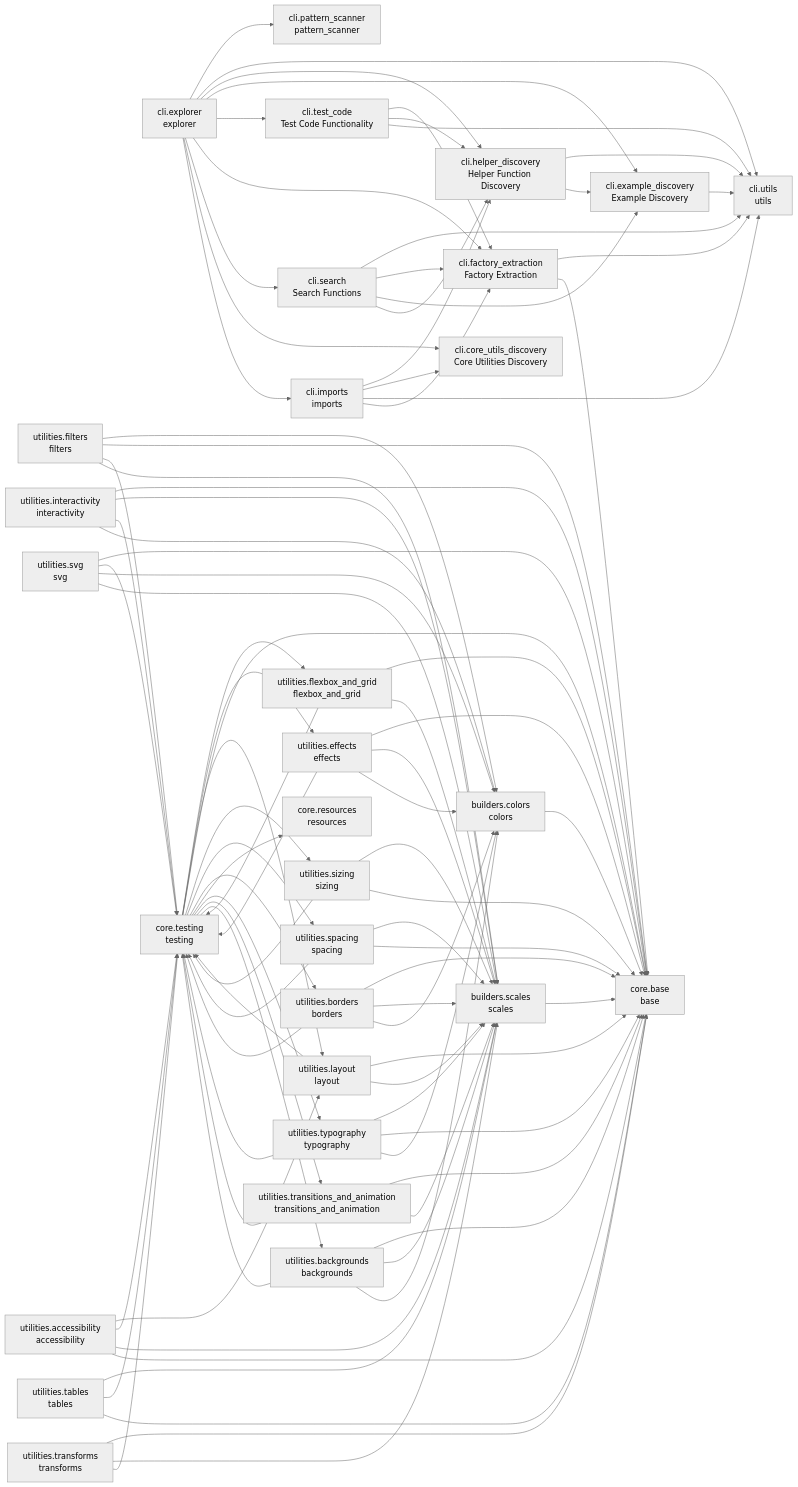
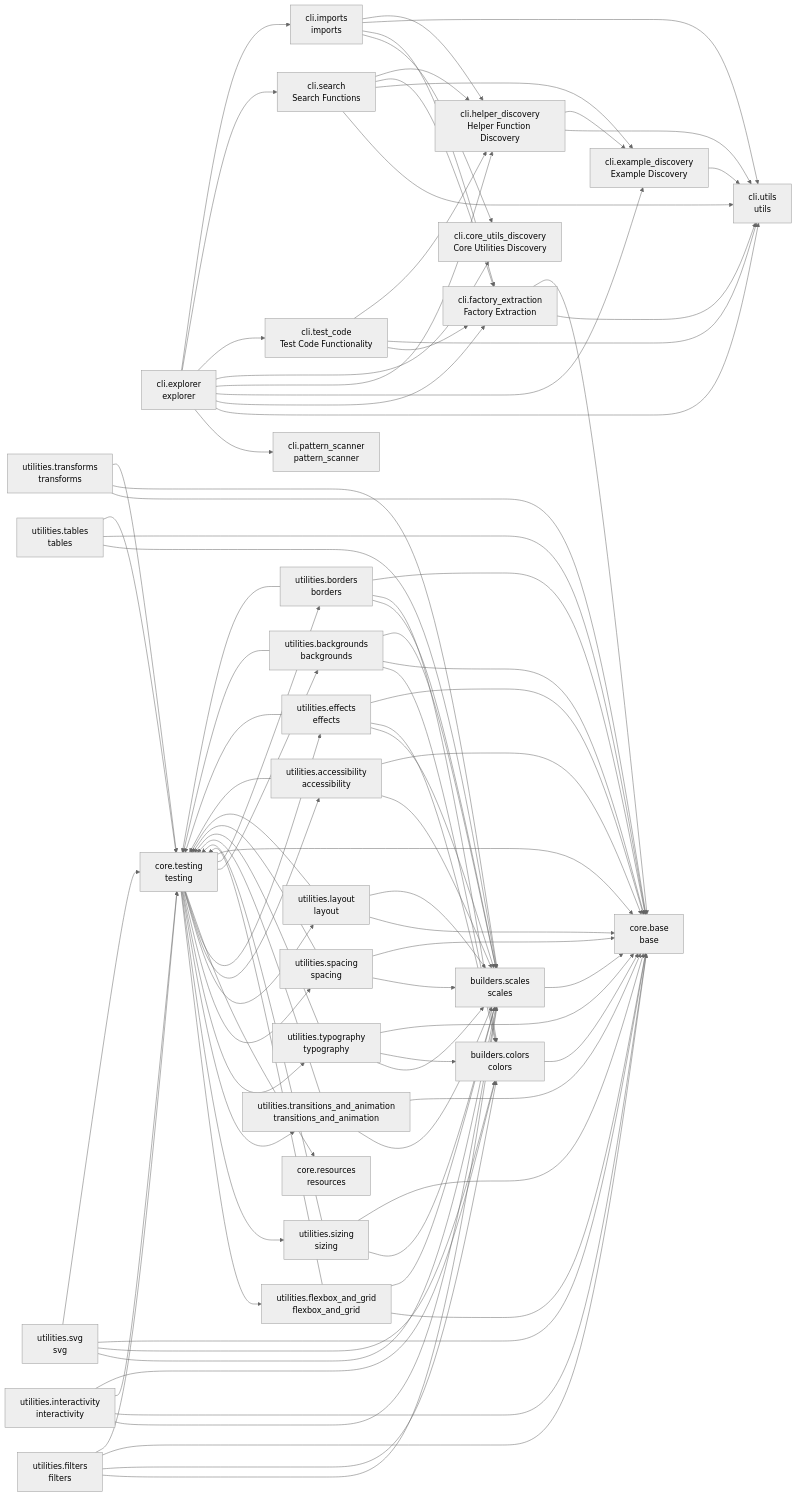
The diagram in README.md (cj-mills/cjm-fasthtml-tailwind), drawn with Mermaid (neutral theme) before and after one commit. The commit also changed other lines of this file and 33 other files, not shown here.

````diff
--- a/README.md
+++ b/README.md
@@ -89,90 +89,90 @@
     cli_example_discovery --> cli_utils
     cli_explorer --> cli_pattern_scanner
     cli_explorer --> cli_utils
+    cli_explorer --> cli_factory_extraction
+    cli_explorer --> cli_example_discovery
     cli_explorer --> cli_helper_discovery
-    cli_explorer --> cli_example_discovery
+    cli_explorer --> cli_core_utils_discovery
     cli_explorer --> cli_test_code
-    cli_explorer --> cli_factory_extraction
     cli_explorer --> cli_search
-    cli_explorer --> cli_core_utils_discovery
     cli_explorer --> cli_imports
     cli_factory_extraction --> cli_utils
     cli_factory_extraction --> core_base
     cli_helper_discovery --> cli_utils
     cli_helper_discovery --> cli_example_discovery
+    cli_imports --> cli_core_utils_discovery
+    cli_imports --> cli_factory_extraction
+    cli_imports --> cli_utils
     cli_imports --> cli_helper_discovery
-    cli_imports --> cli_core_utils_discovery
-    cli_imports --> cli_utils
-    cli_imports --> cli_factory_extraction
     cli_search --> cli_utils
+    cli_search --> cli_example_discovery
     cli_search --> cli_factory_extraction
-    cli_search --> cli_example_discovery
     cli_search --> cli_helper_discovery
     cli_test_code --> cli_factory_extraction
+    cli_test_code --> cli_utils
     cli_test_code --> cli_helper_discovery
-    cli_test_code --> cli_utils
     core_testing --> utilities_flexbox_and_grid
+    core_testing --> utilities_sizing
+    core_testing --> utilities_transitions_and_animation
+    core_testing --> utilities_typography
+    core_testing --> utilities_spacing
+    core_testing --> utilities_layout
+    core_testing --> utilities_accessibility
     core_testing --> utilities_effects
-    core_testing --> utilities_layout
+    core_testing --> core_resources
+    core_testing --> utilities_backgrounds
+    core_testing --> utilities_borders
     core_testing --> core_base
-    core_testing --> utilities_sizing
-    core_testing --> utilities_spacing
-    core_testing --> utilities_borders
-    core_testing --> core_resources
-    core_testing --> utilities_typography
-    core_testing --> utilities_transitions_and_animation
-    core_testing --> utilities_backgrounds
-    utilities_accessibility --> utilities_layout
     utilities_accessibility --> core_testing
     utilities_accessibility --> builders_scales
     utilities_accessibility --> core_base
+    utilities_backgrounds --> builders_colors
     utilities_backgrounds --> core_base
+    utilities_backgrounds --> builders_scales
     utilities_backgrounds --> core_testing
-    utilities_backgrounds --> builders_scales
-    utilities_backgrounds --> builders_colors
+    utilities_borders --> builders_scales
+    utilities_borders --> builders_colors
     utilities_borders --> core_base
     utilities_borders --> core_testing
-    utilities_borders --> builders_scales
-    utilities_borders --> builders_colors
+    utilities_effects --> builders_scales
+    utilities_effects --> builders_colors
     utilities_effects --> core_base
     utilities_effects --> core_testing
-    utilities_effects --> builders_scales
-    utilities_effects --> builders_colors
+    utilities_filters --> builders_scales
     utilities_filters --> builders_colors
     utilities_filters --> core_base
     utilities_filters --> core_testing
-    utilities_filters --> builders_scales
     utilities_flexbox_and_grid --> core_base
     utilities_flexbox_and_grid --> builders_scales
     utilities_flexbox_and_grid --> core_testing
+    utilities_interactivity --> builders_scales
     utilities_interactivity --> core_base
-    utilities_interactivity --> builders_scales
     utilities_interactivity --> core_testing
     utilities_interactivity --> builders_colors
     utilities_layout --> core_base
+    utilities_layout --> builders_scales
     utilities_layout --> core_testing
-    utilities_layout --> builders_scales
+    utilities_sizing --> core_testing
     utilities_sizing --> builders_scales
-    utilities_sizing --> core_testing
     utilities_sizing --> core_base
     utilities_spacing --> builders_scales
+    utilities_spacing --> core_base
     utilities_spacing --> core_testing
-    utilities_spacing --> core_base
+    utilities_svg --> builders_scales
+    utilities_svg --> builders_colors
     utilities_svg --> core_base
     utilities_svg --> core_testing
-    utilities_svg --> builders_colors
-    utilities_svg --> builders_scales
     utilities_tables --> builders_scales
+    utilities_tables --> core_base
     utilities_tables --> core_testing
-    utilities_tables --> core_base
     utilities_transforms --> core_base
     utilities_transforms --> builders_scales
     utilities_transforms --> core_testing
+    utilities_transitions_and_animation --> builders_scales
     utilities_transitions_and_animation --> core_base
     utilities_transitions_and_animation --> core_testing
-    utilities_transitions_and_animation --> builders_scales
     utilities_typography --> builders_scales
+    utilities_typography --> builders_colors
+    utilities_typography --> core_base
     utilities_typography --> core_testing
-    utilities_typography --> core_base
-    utilities_typography --> builders_colors
 ```
````
